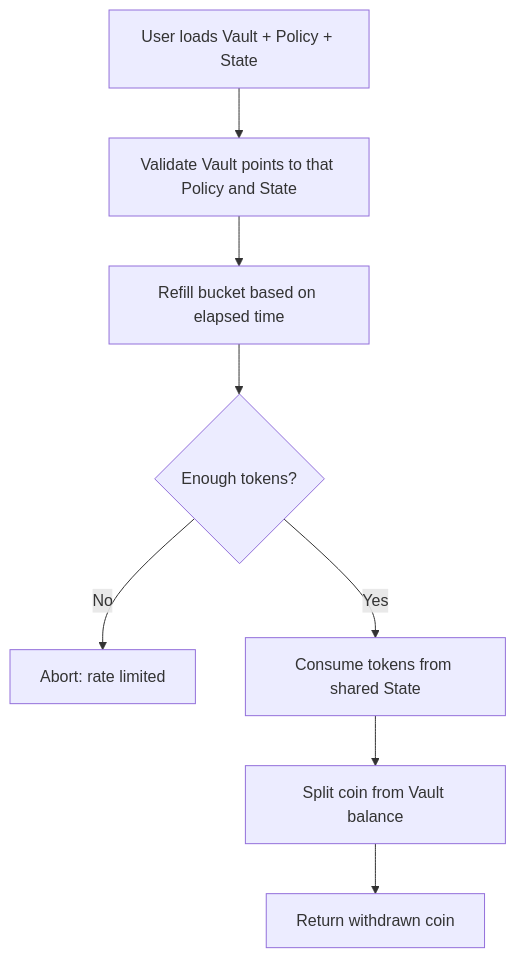
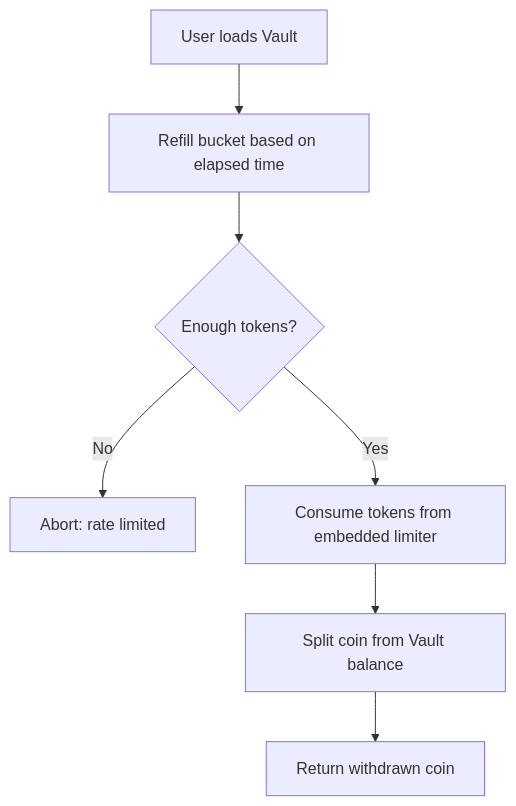
Before and after one commit to 0xNeshi/rate-limiter-proposal: the second of 7 diagrams in README.md, drawn with Mermaid. The commit also changed other lines of this file and 7 other files, not shown here.

Commit message:
simplify the design (rate limiter is not an object)

````diff
--- a/README.md
+++ b/README.md
@@ -279,10 +137,9 @@
 ```mermaid
 flowchart TD
-    A[User loads Vault + Policy + State] --> B[Validate Vault points to that Policy and State]
-    B --> C[Refill bucket based on elapsed time]
-    C --> D{Enough tokens?}
-    D -- No --> E[Abort: rate limited]
-    D -- Yes --> F[Consume tokens from shared State]
-    F --> G[Split coin from Vault balance]
-    G --> H[Return withdrawn coin]
+    A[User loads Vault] --> B[Refill bucket based on elapsed time]
+    B --> C{Enough tokens?}
+    C -- No --> D[Abort: rate limited]
+    C -- Yes --> E[Consume tokens from embedded limiter]
+    E --> F[Split coin from Vault balance]
+    F --> G[Return withdrawn coin]
 ```
````
